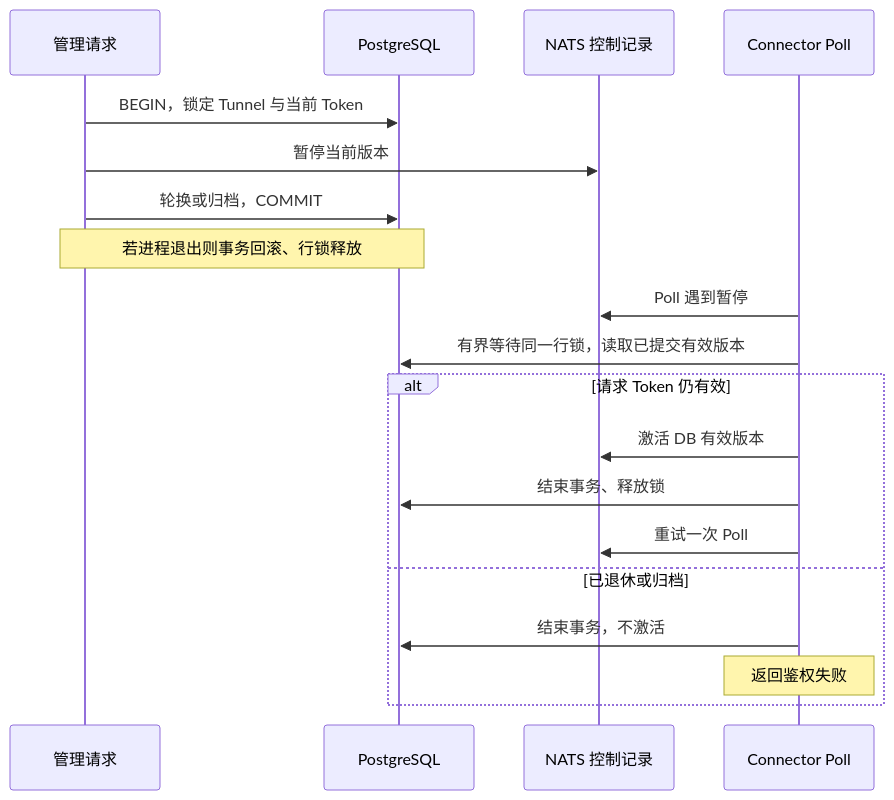
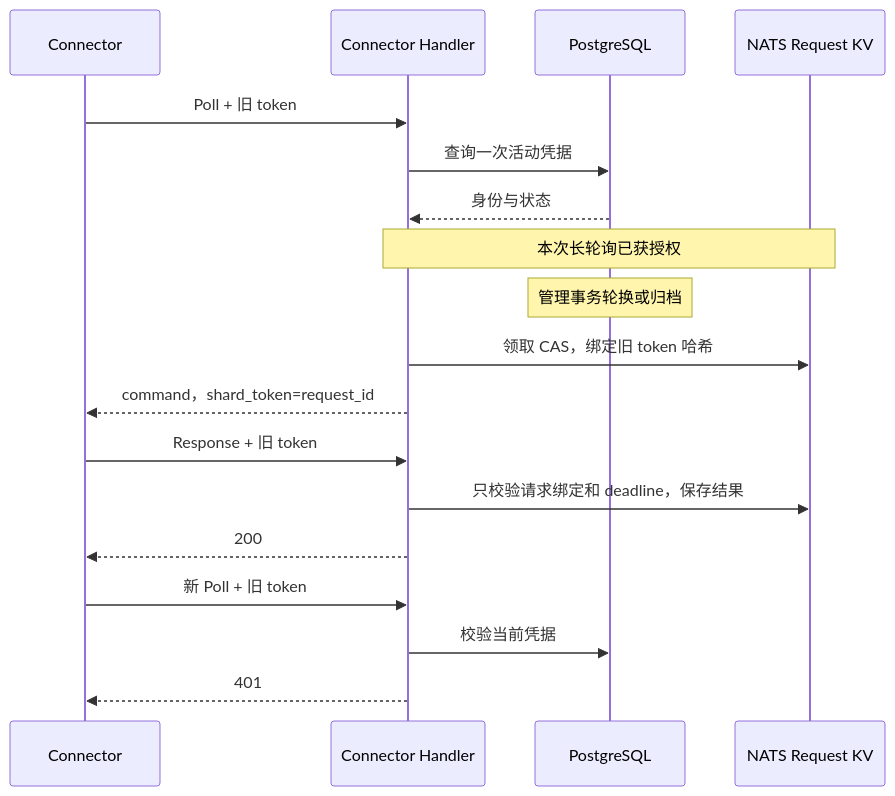
The fourth of 4 diagrams in docs/design/be/mcp-tunnels.md (superduck-ai/open-managed-agents), drawn with Mermaid before and after one commit. The commit also changed other lines of this file and 60 other files, not shown here.

````diff
--- a/docs/design/be/mcp-tunnels.md
+++ b/docs/design/be/mcp-tunnels.md
@@ -248,21 +259,20 @@
 ```mermaid
 sequenceDiagram
-    participant M as 管理请求
+    participant C as Connector
+    participant H as Connector Handler
     participant DB as PostgreSQL
-    participant N as NATS 控制记录
-    participant P as Connector Poll
-    M->>DB: BEGIN，锁定 Tunnel 与当前 Token
-    M->>N: 暂停当前版本
-    M->>DB: 轮换或归档，COMMIT
-    Note over M,DB: 若进程退出则事务回滚、行锁释放
-    P->>N: Poll 遇到暂停
-    P->>DB: 有界等待同一行锁，读取已提交有效版本
-    alt 请求 Token 仍有效
-        P->>N: 激活 DB 有效版本
-        P->>DB: 结束事务、释放锁
-        P->>N: 重试一次 Poll
-    else 已退休或归档
-        P->>DB: 结束事务，不激活
-        Note over P: 返回鉴权失败
-    end
+    participant N as NATS Request KV
+    C->>H: Poll + 旧 token
+    H->>DB: 查询一次活动凭据
+    DB-->>H: 身份与状态
+    Note over H,N: 本次长轮询已获授权
+    Note over DB: 管理事务轮换或归档
+    H->>N: 领取 CAS，绑定旧 token 哈希
+    H-->>C: command，shard_token=request_id
+    C->>H: Response + 旧 token
+    H->>N: 只校验请求绑定和 deadline，保存结果
+    H-->>C: 200
+    C->>H: 新 Poll + 旧 token
+    H->>DB: 校验当前凭据
+    H-->>C: 401
 ```
````
